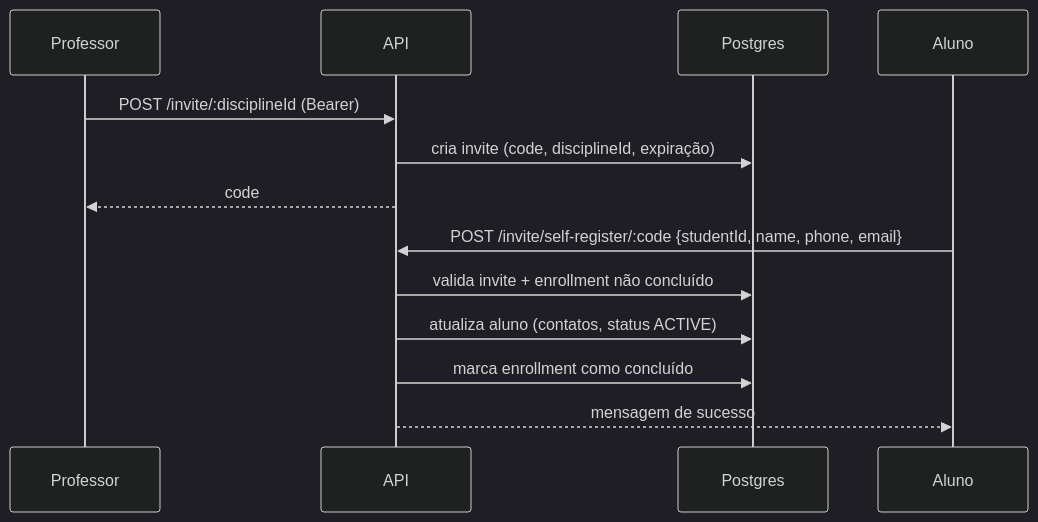
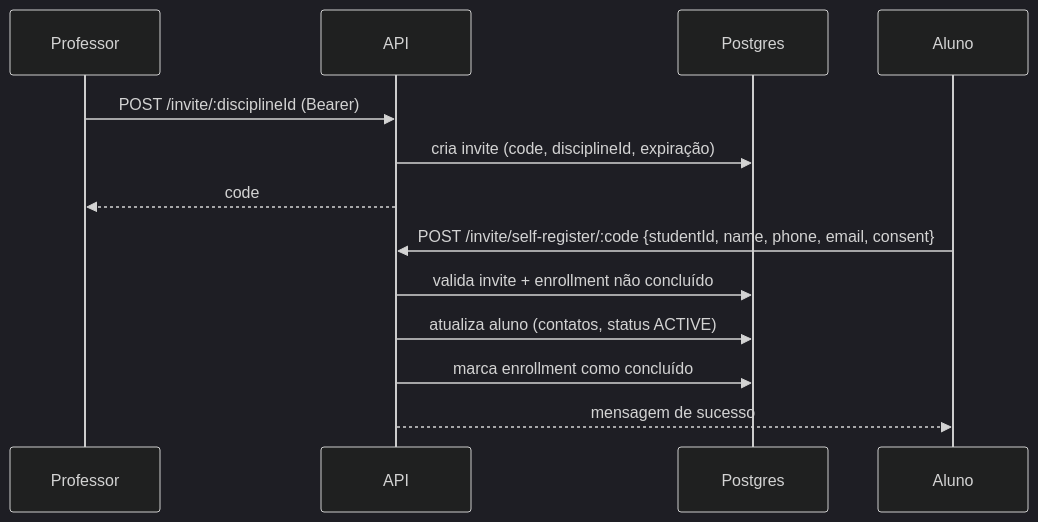
One commit to ThalysSilva/unicast-backend changed the second of 8 diagrams in README.md. Above: the diagram before and after it, drawn with Mermaid (dark theme). The commit also changed other lines of this file, not shown here.

````diff
--- a/README.md
+++ b/README.md
@@ -191,16 +226,16 @@
 ```mermaid
 sequenceDiagram
     participant Professor
     participant API
     participant DB as Postgres
     participant Aluno
 
     Professor->>API: POST /invite/:disciplineId (Bearer)
     API->>DB: cria invite (code, disciplineId, expiração)
     API-->>Professor: code
-    Aluno->>API: POST /invite/self-register/:code {studentId, name, phone, email}
+    Aluno->>API: POST /invite/self-register/:code {studentId, name, phone, email, consent}
     API->>DB: valida invite + enrollment não concluído
     API->>DB: atualiza aluno (contatos, status ACTIVE)
     API->>DB: marca enrollment como concluído
     API-->>Aluno: mensagem de sucesso
 ```
````
